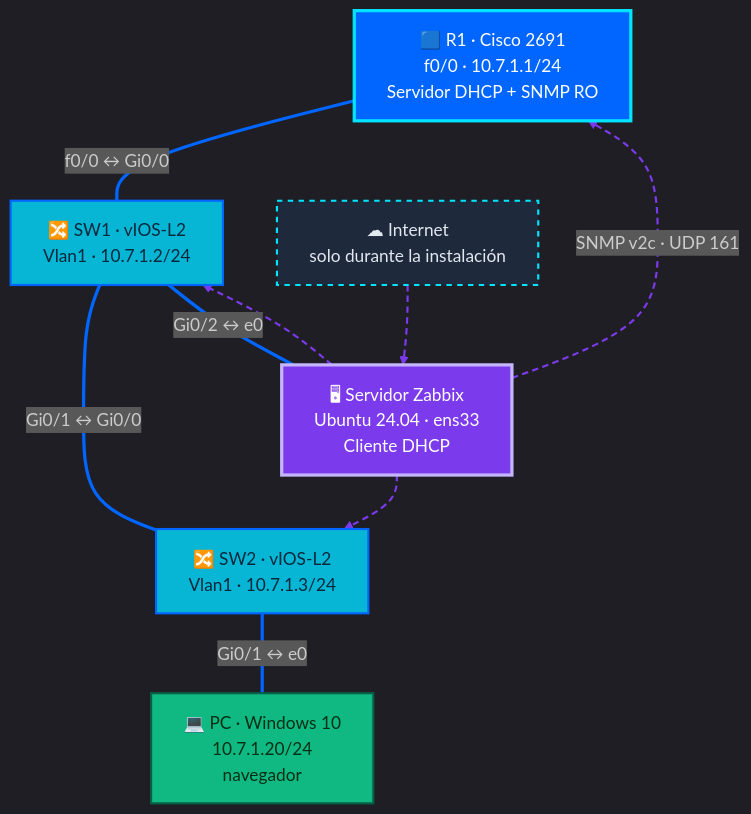
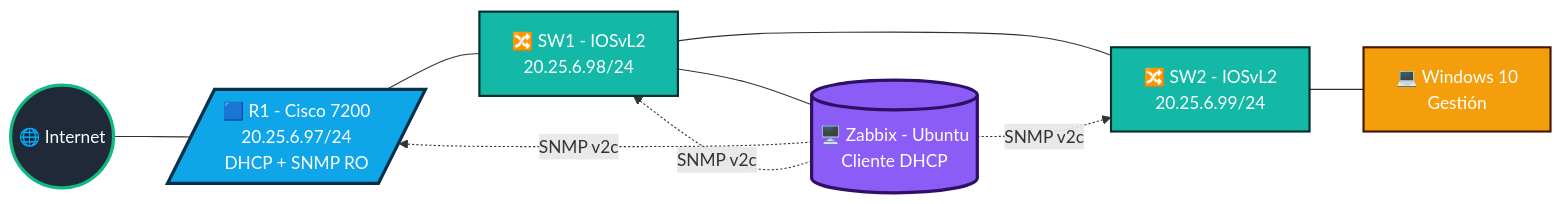
Before and after one commit to LisbethdaianGomezSoto/SNMP-CON--ZABBIX: the first of 4 diagrams in README.md, drawn with Mermaid. The commit also changed other lines of this file, not shown here.

````diff
--- a/README.md
+++ b/README.md
@@ -110,28 +109,29 @@
 ```mermaid
-%%{init: {'theme':'dark'}}%%
-flowchart TB
-    R1["🟦 R1 · Cisco 2691<br/>f0/0 · 10.7.1.1/24<br/>Servidor DHCP + SNMP RO"]:::router
-    SW1["🔀 SW1 · vIOS-L2<br/>Vlan1 · 10.7.1.2/24"]:::switch
-    SW2["🔀 SW2 · vIOS-L2<br/>Vlan1 · 10.7.1.3/24"]:::switch
-    ZBX["🖥 Servidor Zabbix<br/>Ubuntu 24.04 · ens33<br/>Cliente DHCP"]:::server
-    PC["💻 PC · Windows 10<br/>10.7.1.20/24<br/>navegador"]:::client
-    NET["☁ Internet<br/>solo durante la instalación"]:::cloud
+flowchart LR
+    %% Nodos con formas diferentes
+    Internet((🌐 Internet)):::wan
+    Router[/🟦 R1 - Cisco 7200<br/>20.25.6.97/24<br/>DHCP + SNMP RO/]:::router
+    Switch1[🔀 SW1 - IOSvL2<br/>20.25.6.98/24]:::switch
+    Switch2[🔀 SW2 - IOSvL2<br/>20.25.6.99/24]:::switch
+    Server[(🖥️ Zabbix - Ubuntu<br/>Cliente DHCP)]:::server
+    PC[💻 Windows 10<br/>Gestión]:::client
 
-    R1 ---|"f0/0 ↔ Gi0/0"| SW1
-    SW1 ---|"Gi0/1 ↔ Gi0/0"| SW2
-    SW1 ---|"Gi0/2 ↔ e0"| ZBX
-    SW2 ---|"Gi0/1 ↔ e0"| PC
-    NET -.-> ZBX
+    %% Conexiones Físicas
+    Internet --- Router
+    Router --- Switch1
+    Switch1 --- Server
+    Switch1 --- Switch2
+    Switch2 --- PC
 
-    ZBX -.->|"SNMP v2c · UDP 161"| R1
-    ZBX -.-> SW1
-    ZBX -.-> SW2
+    %% Conexiones Lógicas (SNMP)
+    Server -. "SNMP v2c" .-> Router
+    Server -. "SNMP v2c" .-> Switch1
+    Server -. "SNMP v2c" .-> Switch2
 
-    classDef router fill:#0066FF,stroke:#00E5FF,stroke-width:3px,color:#fff
-    classDef switch fill:#06B6D4,stroke:#0066FF,stroke-width:2px,color:#06283D
-    classDef server fill:#7C3AED,stroke:#C4B5FD,stroke-width:3px,color:#fff
-    classDef client fill:#10B981,stroke:#065F46,stroke-width:2px,color:#052E16
-    classDef cloud fill:#1E293B,stroke:#00E5FF,stroke-width:2px,color:#E2E8F0,stroke-dasharray:5 5
-    linkStyle 0,1,2,3 stroke:#0066FF,stroke-width:3px
-    linkStyle 4,5,6,7 stroke:#7C3AED,stroke-width:2px,stroke-dasharray:6 4
+    %% Estilos (Colores diferentes a Lisbeth)
+    classDef wan fill:#1f2937,stroke:#10b981,stroke-width:3px,color:#fff
+    classDef router fill:#0ea5e9,stroke:#082f49,stroke-width:3px,color:#fff
+    classDef switch fill:#14b8a6,stroke:#042f2e,stroke-width:2px,color:#fff
+    classDef server fill:#8b5cf6,stroke:#2e1065,stroke-width:3px,color:#fff
+    classDef client fill:#f59e0b,stroke:#451a03,stroke-width:2px,color:#fff
 ```
````
